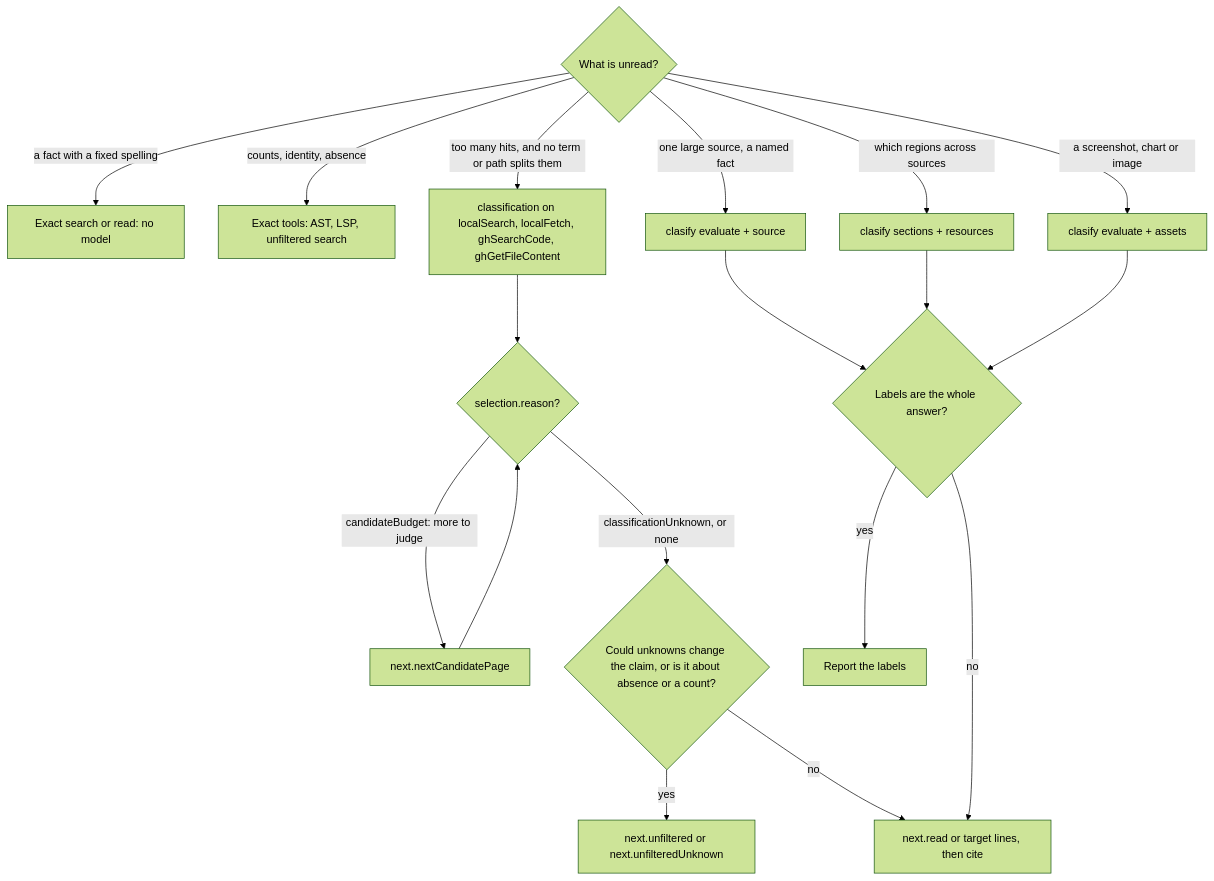
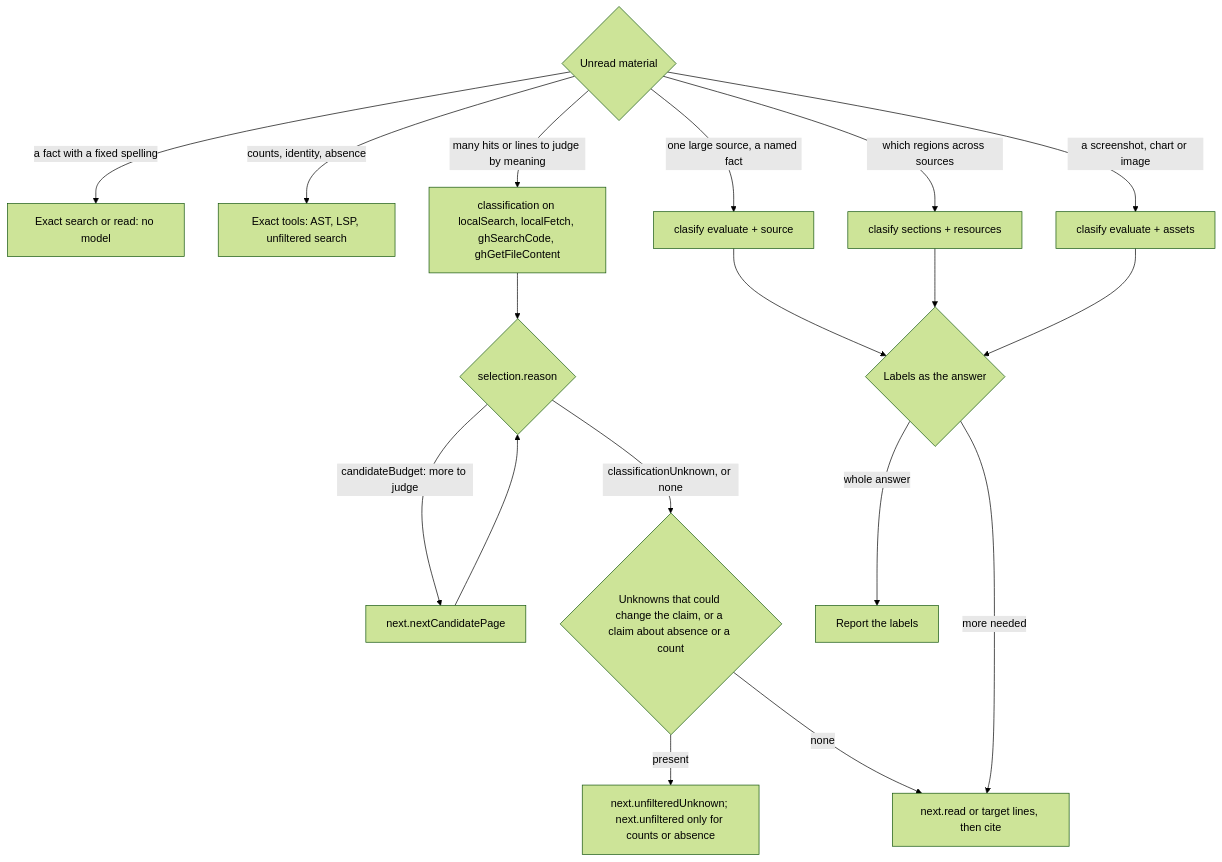
One commit to bgauryy/octocode changed the third of 3 diagrams in skills/octocode-research/references/tool-flow.md. Above: the diagram before and after it, drawn with Mermaid (forest theme). The commit also changed other lines of this file and 843 other files, not shown here.

````diff
--- a/skills/octocode-research/references/tool-flow.md
+++ b/skills/octocode-research/references/tool-flow.md
@@ -118,18 +118,18 @@
 ```mermaid
 flowchart TD
-  S{What is unread?}
+  S{Unread material}
   S -- a fact with a fixed spelling --> X[Exact search or read: no model]
   S -- counts, identity, absence --> X2[Exact tools: AST, LSP, unfiltered search]
-  S -- too many hits, and no term or path splits them --> I["classification on localSearch, localFetch, ghSearchCode, ghGetFileContent"]
+  S -- many hits or lines to judge by meaning --> I["classification on localSearch, localFetch, ghSearchCode, ghGetFileContent"]
   S -- one large source, a named fact --> E["clasify evaluate + source"]
   S -- which regions across sources --> SE["clasify sections + resources"]
   S -- a screenshot, chart or image --> IM["clasify evaluate + assets"]
-  I --> K{selection.reason?}
+  I --> K{selection.reason}
   K -- candidateBudget: more to judge --> NC[next.nextCandidatePage] --> K
-  K -- classificationUnknown, or none --> U{Could unknowns change the claim, or is it about absence or a count?}
-  U -- yes --> UF[next.unfiltered or next.unfilteredUnknown]
-  U -- no --> R
-  E & SE & IM --> LB{Labels are the whole answer?}
-  LB -- yes --> END[Report the labels]
-  LB -- no --> R[next.read or target lines, then cite]
+  K -- classificationUnknown, or none --> U{Unknowns that could change the claim, or a claim about absence or a count}
+  U -- present --> UF[next.unfilteredUnknown; next.unfiltered only for counts or absence]
+  U -- none --> R
+  E & SE & IM --> LB{Labels as the answer}
+  LB -- whole answer --> END[Report the labels]
+  LB -- more needed --> R[next.read or target lines, then cite]
 ```
````
